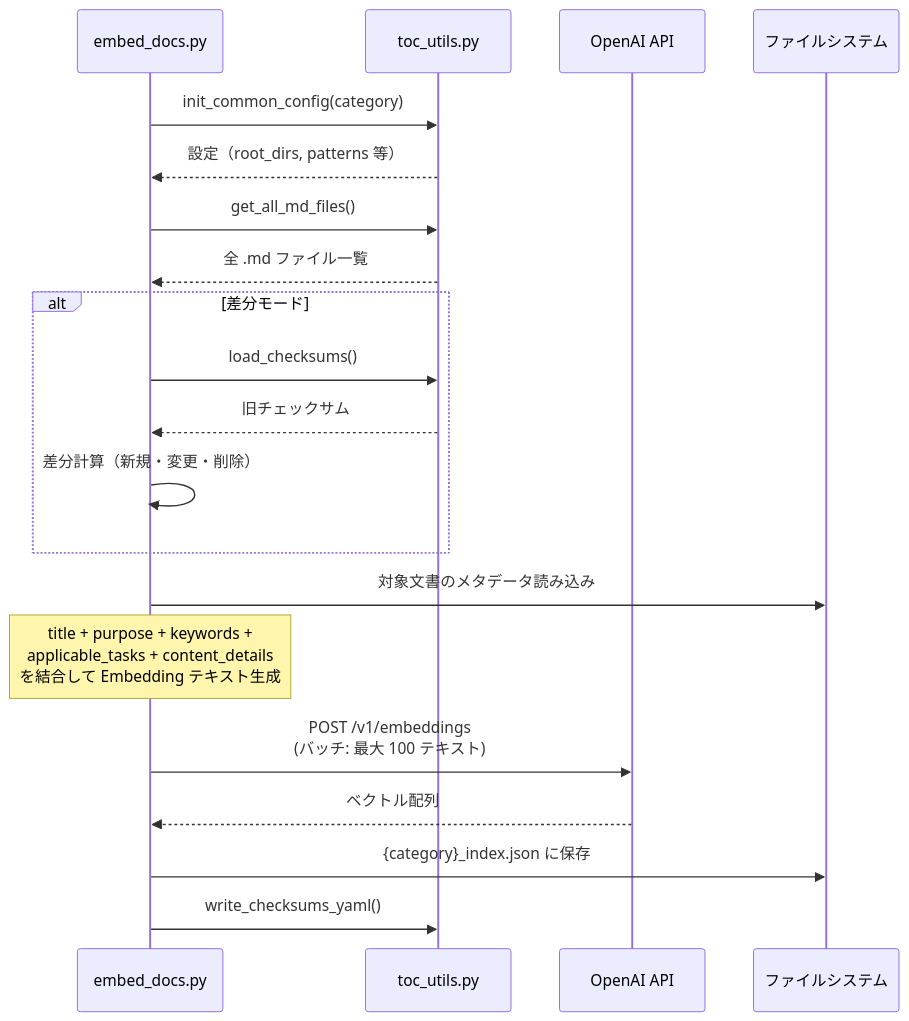
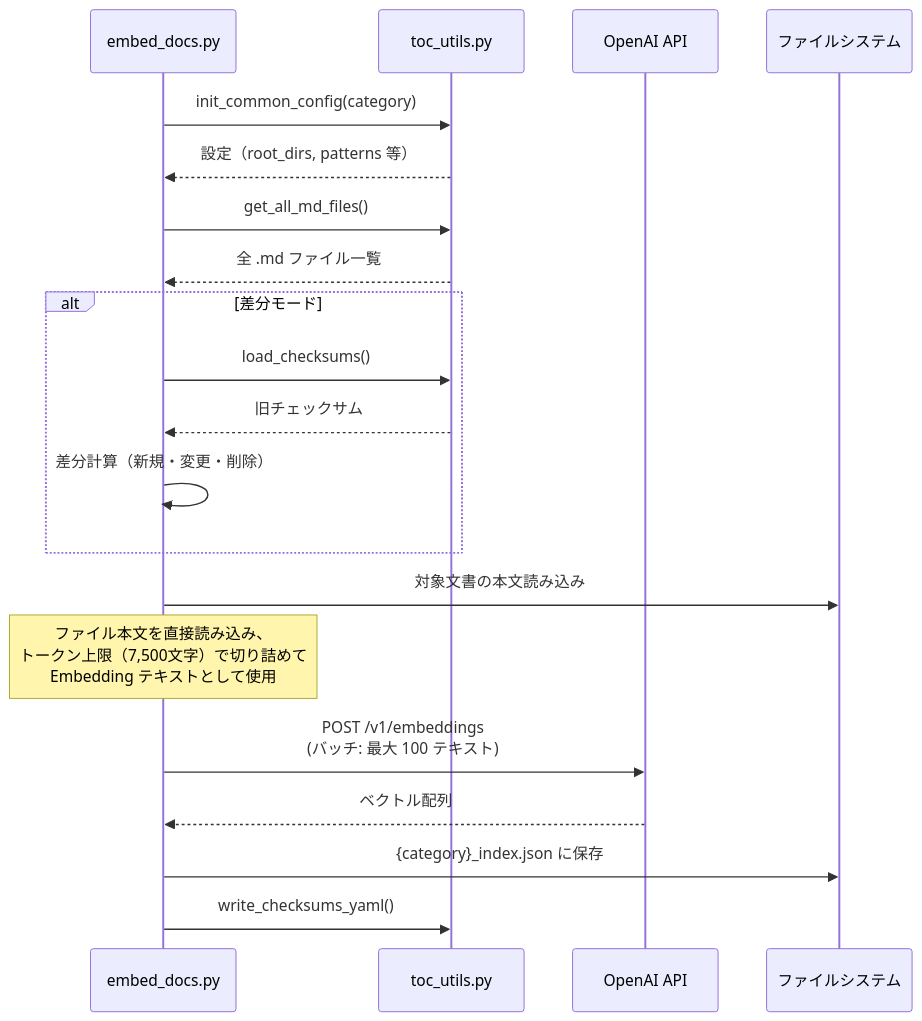
Before and after one commit to BlueEventHorizon/bw-cc-plugins: the third of 5 diagrams in docs/specs/doc-advisor/semantic-query/design/DES-006_semantic_search_design.md, drawn with Mermaid. The commit also changed other lines of this file, not shown here.

Commit message:
fix: Embedding description

````diff
--- a/docs/specs/doc-advisor/semantic-query/design/DES-006_semantic_search_design.md
+++ b/docs/specs/doc-advisor/semantic-query/design/DES-006_semantic_search_design.md
@@ -134,28 +134,28 @@
 ```mermaid
 sequenceDiagram
     participant Script as embed_docs.py
     participant Utils as toc_utils.py
     participant API as OpenAI API
     participant FS as ファイルシステム
 
     Script->>Utils: init_common_config(category)
     Utils-->>Script: 設定（root_dirs, patterns 等）
 
     Script->>Utils: get_all_md_files()
     Utils-->>Script: 全 .md ファイル一覧
 
     alt 差分モード
         Script->>Utils: load_checksums()
         Utils-->>Script: 旧チェックサム
         Script->>Script: 差分計算（新規・変更・削除）
     end
 
-    Script->>FS: 対象文書のメタデータ読み込み
-    Note over Script: title + purpose + keywords +<br/>applicable_tasks + content_details<br/>を結合して Embedding テキスト生成
+    Script->>FS: 対象文書の本文読み込み
+    Note over Script: ファイル本文を直接読み込み、<br/>トークン上限（7,500文字）で切り詰めて<br/>Embedding テキストとして使用
 
     Script->>API: POST /v1/embeddings<br/>(バッチ: 最大 100 テキスト)
     API-->>Script: ベクトル配列
 
     Script->>FS: {category}_index.json に保存
     Script->>Utils: write_checksums_yaml()
 ```
````
